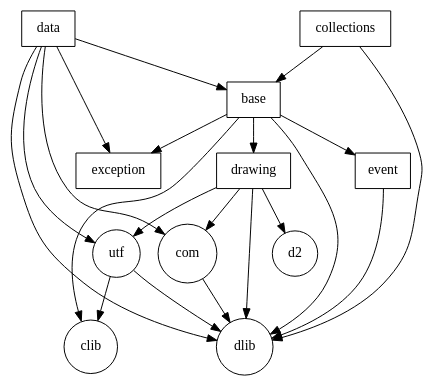
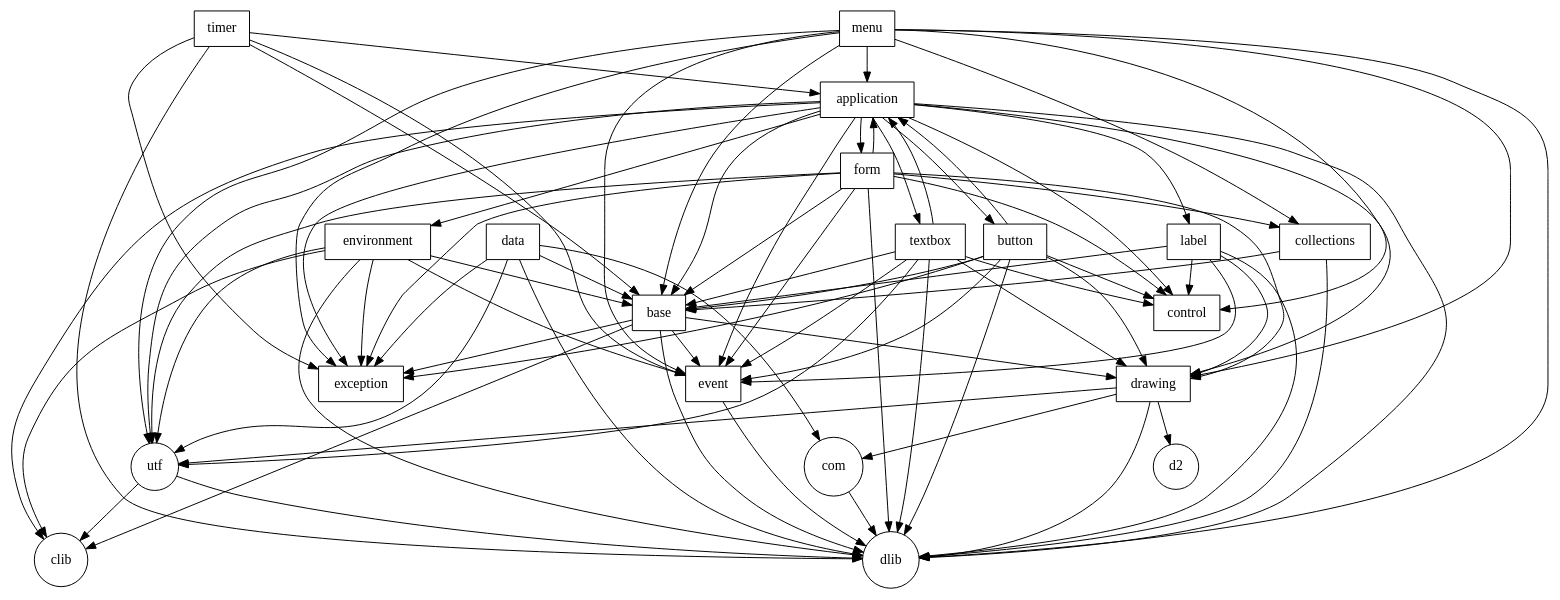
The diagram in doc/deps.dot (o3o/dformlib), drawn with Graphviz before and after one commit. The commit also changed 17 other files, not shown here.

```diff
--- a/doc/deps.dot
+++ b/doc/deps.dot
@@ -1,30 +1,92 @@
 digraph Dependencies {
 	node [shape=box];
 
 	utf [shape=circle];
 	d2 [shape=circle];
 	dlib [shape=circle];
 	clib [shape=circle];
 	com [shape=circle];
 
 	utf -> clib;
 	utf -> dlib;
 	com -> dlib;
 	event -> dlib;
 	base -> clib;
 	base -> dlib;
 	base -> event;
 	base -> drawing;
 	base -> exception;
 	drawing -> utf;
 	drawing -> dlib;
-	drawing -> com;
-	drawing -> d2;
-	collections -> dlib;
-	collections -> base;
-	data -> base;
-	data -> exception;
-	data -> dlib;
-	data -> utf;
-	data -> com;
+   drawing -> com;
+   drawing -> d2;
+   collections -> dlib;
+   collections -> base;
+   data -> base;
+   data -> exception;
+   data -> dlib;
+   data -> utf;
+   data -> com;
+   timer -> exception;
+   timer -> event;
+   timer -> base;
+   timer -> application;
+   timer -> dlib;
+   environment -> dlib;
+   environment -> exception;
+   environment -> clib;
+   environment -> base;
+   environment -> utf;
+   environment -> event;
+   textbox -> dlib;
+   textbox -> utf;
+   textbox -> control;
+   textbox -> base;
+   textbox -> application;
+   textbox -> drawing;
+   textbox -> event;
+   button -> exception;
+   button -> base;
+   button -> control;
+   button -> application;
+   button -> event;
+   button -> drawing;
+   button -> dlib;
+   label -> base;
+   label -> control;
+   label -> event;
+   label -> drawing;
+   label -> dlib;
+   form -> application;
+   form -> base;
+   form -> collections;
+   form -> control;
+   form -> drawing;
+   form -> event;
+   form -> exception;
+   form -> dlib;
+   form -> utf;
+   menu -> application;
+   menu -> base;
+   menu -> collections;
+   menu -> control;
+   menu -> drawing;
+   menu -> event;
+   menu -> exception;
+   menu -> dlib;
+   menu -> utf;
+   application -> base;
+   application -> button;
+   application -> control;
+   application -> drawing;
+   application -> environment;
+   application -> event;
+   application -> exception;
+   application -> form;
+   application -> clib;
+   application -> dlib;
+   application -> utf;
+   application -> label;
+   application -> textbox;
+
 }
```
